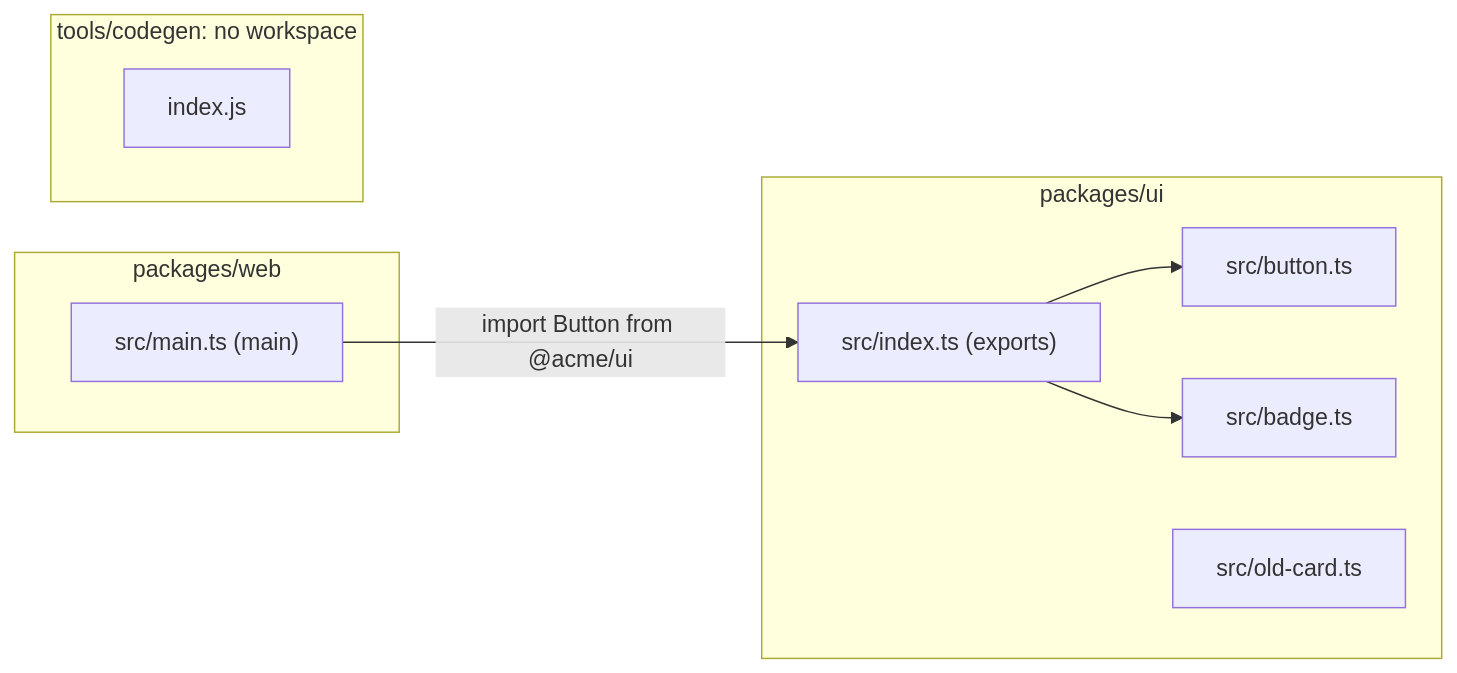
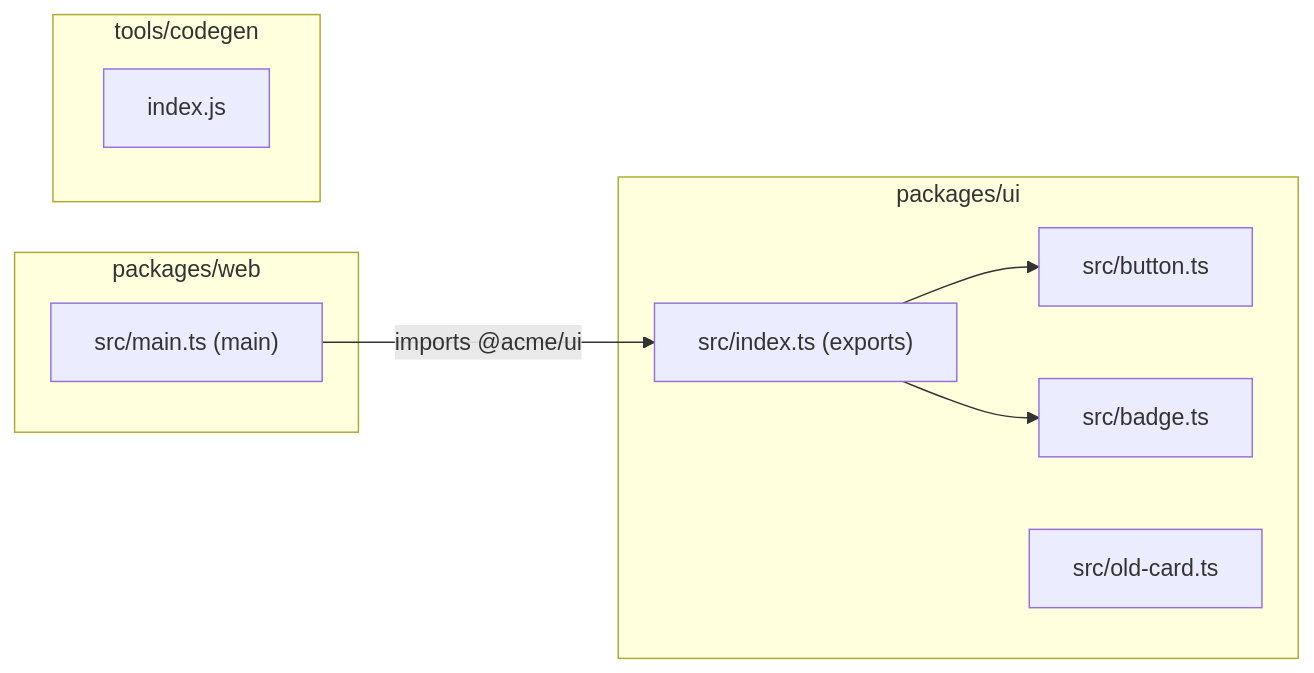
The diagram in concepts/workspaces.mdx (fallow-rs/docs), drawn with Mermaid before and after one commit. The commit also changed 12 other files, not shown here.

First line of the commit message:
docs: draw the diagrams so that the site renders each label

````diff
--- a/concepts/workspaces.mdx
+++ b/concepts/workspaces.mdx
@@ -62,18 +62,18 @@
 ```mermaid
 flowchart LR
   subgraph web["packages/web"]
     main["src/main.ts (main)"]
   end
   subgraph ui["packages/ui"]
     uiIndex["src/index.ts (exports)"]
     button["src/button.ts"]
     badge["src/badge.ts"]
     card["src/old-card.ts"]
   end
-  subgraph codegen["tools/codegen: no workspace"]
+  subgraph codegen["tools/codegen"]
     gen["index.js"]
   end
-  main -->|"import Button from @acme/ui"| uiIndex
+  main -->|"imports @acme/ui"| uiIndex
   uiIndex --> button
   uiIndex --> badge
 ```
````
